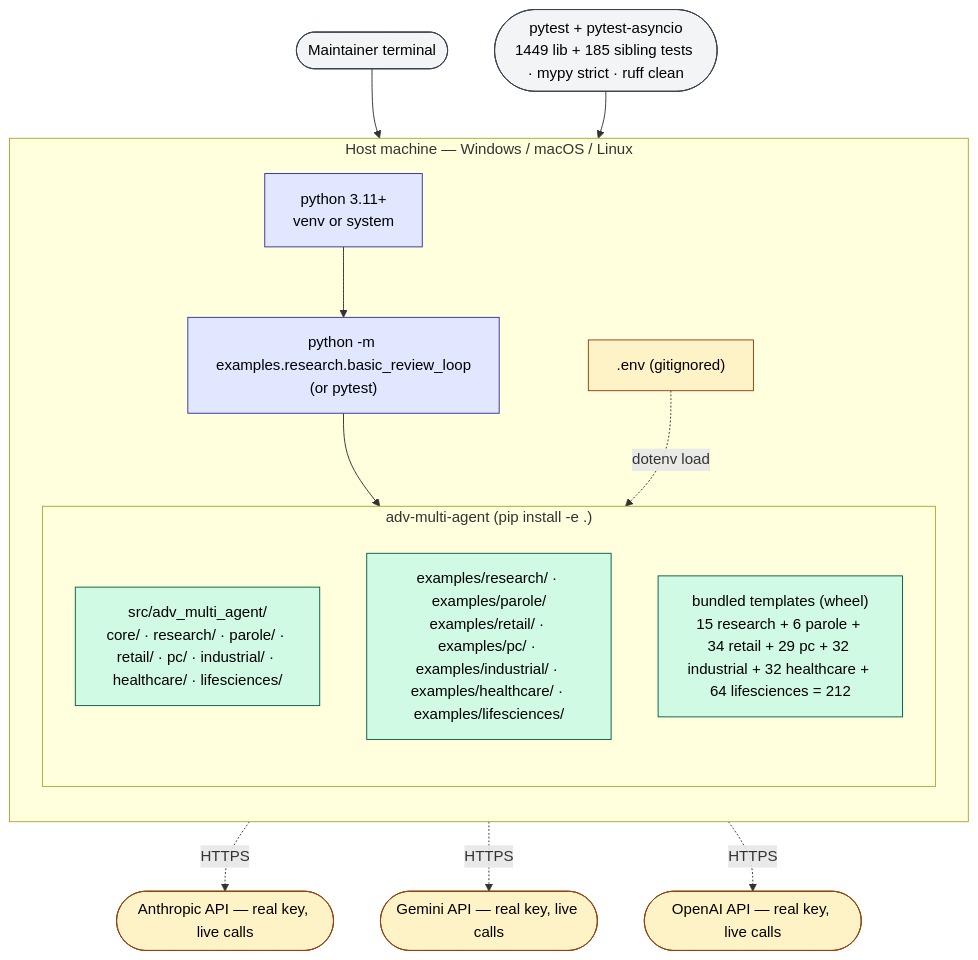
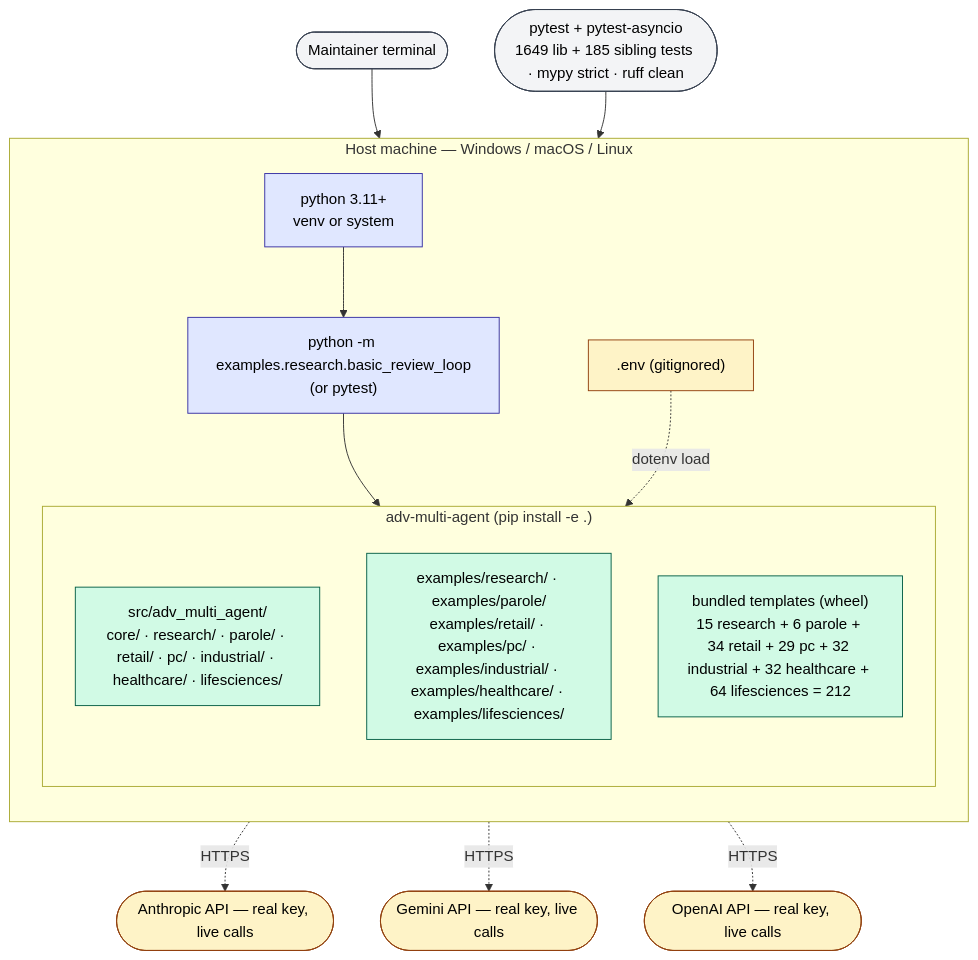
One commit to gmanch94/adversarial-multi-agent-lib changed the second of 2 diagrams in docs/deployment-architecture.md. Above: the diagram before and after it, drawn with Mermaid. The commit also changed other lines of this file and 74 other files, not shown here.

````diff
--- a/docs/deployment-architecture.md
+++ b/docs/deployment-architecture.md
@@ -144,37 +144,37 @@
 ```mermaid
 flowchart TB
     classDef proc fill:#e0e7ff,stroke:#3730a3,color:#000
     classDef lib fill:#d1fae5,stroke:#065f46,color:#000
     classDef ext fill:#fef3c7,stroke:#92400e,color:#000
     classDef user fill:#f3f4f6,stroke:#374151,color:#000
 
     Dev(["Maintainer terminal"]):::user
-    Pyt(["pytest + pytest-asyncio<br/>1449 lib + 185 sibling tests · mypy strict · ruff clean"]):::user
+    Pyt(["pytest + pytest-asyncio<br/>1649 lib + 185 sibling tests · mypy strict · ruff clean"]):::user
 
     subgraph Host["Host machine — Windows / macOS / Linux"]
         direction TB
         Py["python 3.11+<br/>venv or system"]:::proc
         EnvLocal[".env (gitignored)"]:::ext
         Example["python -m examples.research.basic_review_loop<br/>(or pytest)"]:::proc
 
         subgraph Pkg["adv-multi-agent (pip install -e .)"]
             direction TB
             Src["src/adv_multi_agent/<br/>core/ · research/ · parole/ · retail/ · pc/ · industrial/ · healthcare/ · lifesciences/"]:::lib
             Examples["examples/research/ · examples/parole/<br/>examples/retail/ · examples/pc/ · examples/industrial/ · examples/healthcare/ · examples/lifesciences/"]:::lib
             SkillsDir["bundled templates (wheel)<br/>15 research + 6 parole + 34 retail + 29 pc + 32 industrial + 32 healthcare + 64 lifesciences = 212"]:::lib
         end
     end
 
     Anthro(["Anthropic API — real key, live calls"]):::ext
     GeminiDev(["Gemini API — real key, live calls"]):::ext
     OAI(["OpenAI API — real key, live calls"]):::ext
 
     Dev --> Py
     Pyt --> Py
     Py --> Example
     Example --> Src
     EnvLocal -. dotenv load .-> Src
     Src -. HTTPS .-> Anthro
     Src -. HTTPS .-> GeminiDev
     Src -. HTTPS .-> OAI
 ```
````
